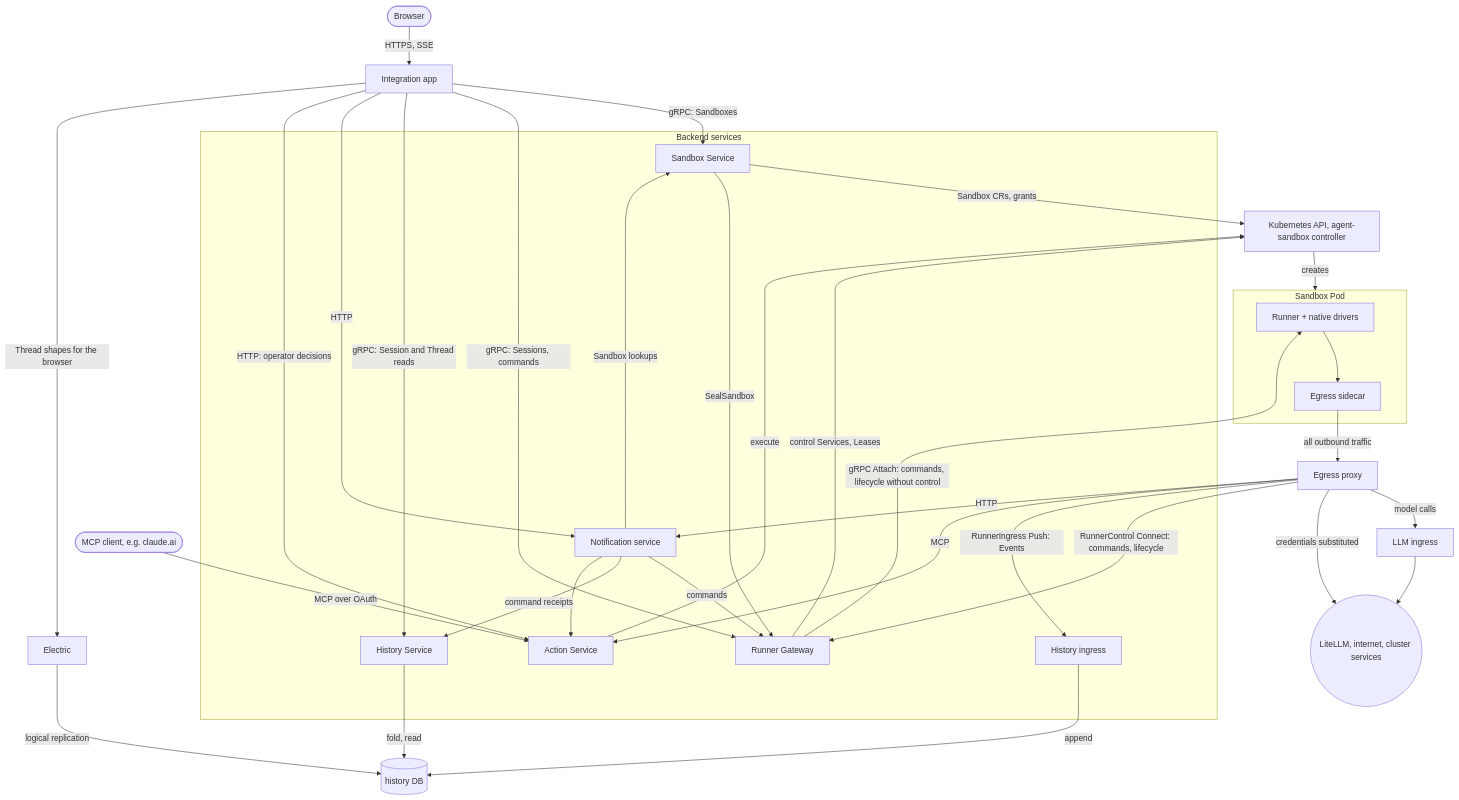
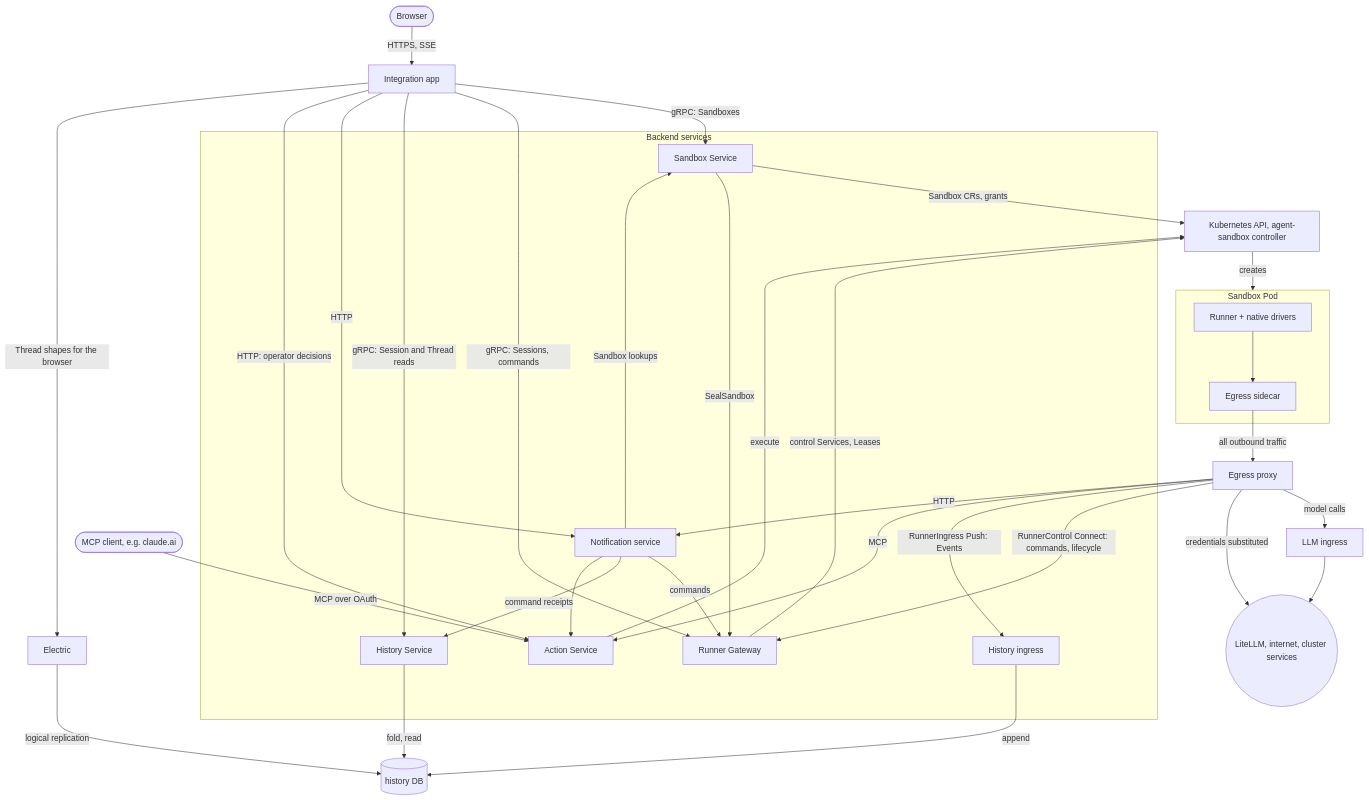
One commit to agentydragon/ducktape changed the diagram in agentplane/README.md. Above: the diagram before and after it, drawn with Mermaid. The commit also changed other lines of this file and 60 other files, not shown here.

````diff
--- a/agentplane/README.md
+++ b/agentplane/README.md
@@ -30,55 +30,54 @@
 ```mermaid
 flowchart TB
     browser([Browser])
     mcp_client([MCP client, e.g. claude.ai])
     app[Integration app]
     subgraph services[Backend services]
         ss[Sandbox Service]
         gw[Runner Gateway]
         hs[History Service]
         hi[History ingress]
         notif[Notification service]
         actions[Action Service]
     end
     subgraph sandbox[Sandbox Pod]
         runner[Runner + native drivers]
         sidecar[Egress sidecar]
     end
     proxy[Egress proxy]
     llm[LLM ingress]
     k8s[Kubernetes API, agent-sandbox controller]
     electric[Electric]
     hist_db[(history DB)]
     outside((LiteLLM, internet, cluster services))
 
     browser -->|HTTPS, SSE| app
     mcp_client -->|MCP over OAuth| actions
     app -->|gRPC: Sandboxes| ss
     app -->|gRPC: Sessions, commands| gw
     app -->|gRPC: Session and Thread reads| hs
     app -->|HTTP| notif
     app -->|HTTP: operator decisions| actions
     app -->|Thread shapes for the browser| electric
     electric -->|logical replication| hist_db
 
     ss -->|Sandbox CRs, grants| k8s
     ss -->|SealSandbox| gw
     k8s -->|creates| sandbox
     gw -->|control Services, Leases| k8s
-    gw -->|gRPC Attach: commands, lifecycle without control| runner
     hs -->|fold, read| hist_db
     hi -->|append| hist_db
     notif -->|Sandbox lookups| ss
     notif -->|commands| gw
     notif -->|command receipts| hs
     notif --> actions
     actions -->|execute| k8s
 
     runner --> sidecar -->|all outbound traffic| proxy
     proxy -->|RunnerControl Connect: commands, lifecycle| gw
     proxy -->|RunnerIngress Push: Events| hi
     proxy -->|MCP| actions
     proxy -->|HTTP| notif
     proxy -->|model calls| llm --> outside
     proxy -->|credentials substituted| outside
 ```
````
